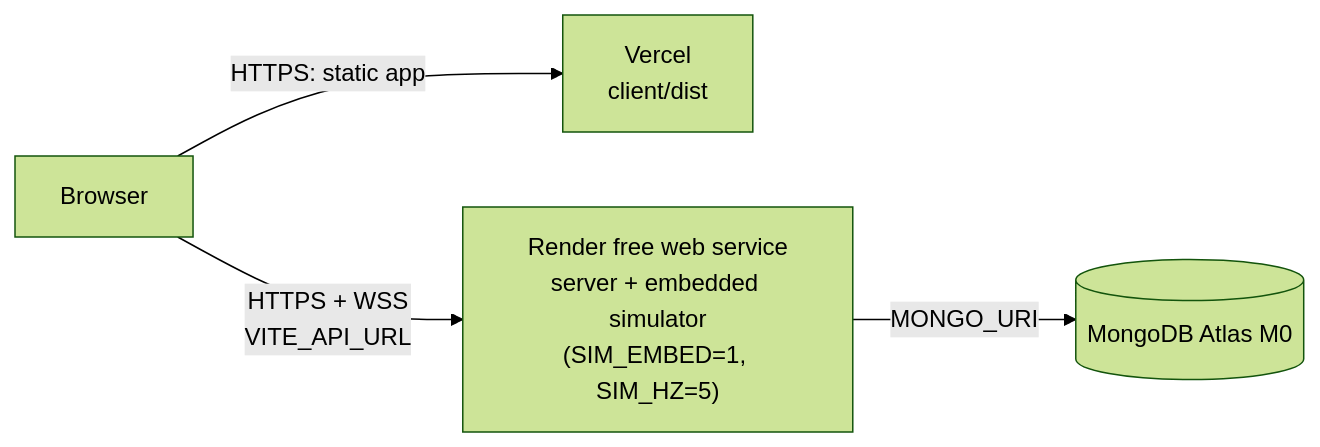
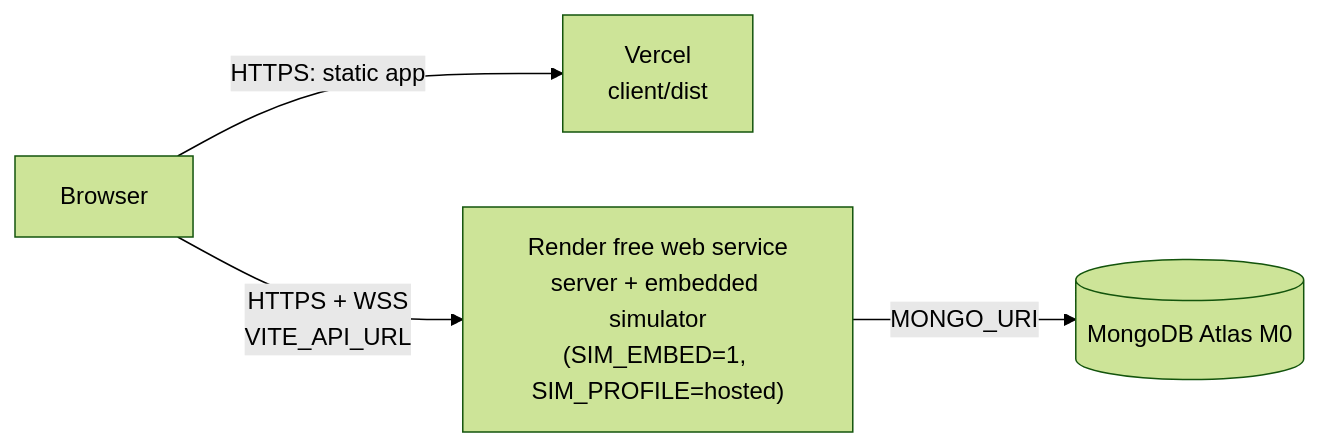
One commit to Paradox-73/NCC-1701 changed the seventh of 7 diagrams in docs/ARCHITECTURE.md. Above: the diagram before and after it, drawn with Mermaid (forest theme). The commit also changed 1 other file, not shown here.

Commit message:
Run the hosted simulator on the registry's hosted profile instead of SIM_HZ=5
SIM_HZ=5 forced every source to 5 Hz, including all four sickbay hubs (1,720 values each, normally 1 Hz):
about 295 MB of telemetry an hour, so the 2 h TTL would overrun a 512 MB free Atlas cluster. SIM_PROFILE=hosted
uses hostedHz from the registry (Enterprise 20 Hz, sister ships 5 Hz, one hub at 1 Hz): about 34 MB an hour,
measured over 5 minutes against a local MongoDB 8.

````diff
--- a/docs/ARCHITECTURE.md
+++ b/docs/ARCHITECTURE.md
@@ -216,6 +216,6 @@
 ```mermaid
 flowchart LR
   B["Browser"] -- "HTTPS: static app" --> V["Vercel<br/>client/dist"]
-  B -- "HTTPS + WSS<br/>VITE_API_URL" --> R["Render free web service<br/>server + embedded simulator<br/>(SIM_EMBED=1, SIM_HZ=5)"]
+  B -- "HTTPS + WSS<br/>VITE_API_URL" --> R["Render free web service<br/>server + embedded simulator<br/>(SIM_EMBED=1, SIM_PROFILE=hosted)"]
   R -- "MONGO_URI" --> A[("MongoDB Atlas M0")]
 ```
````
